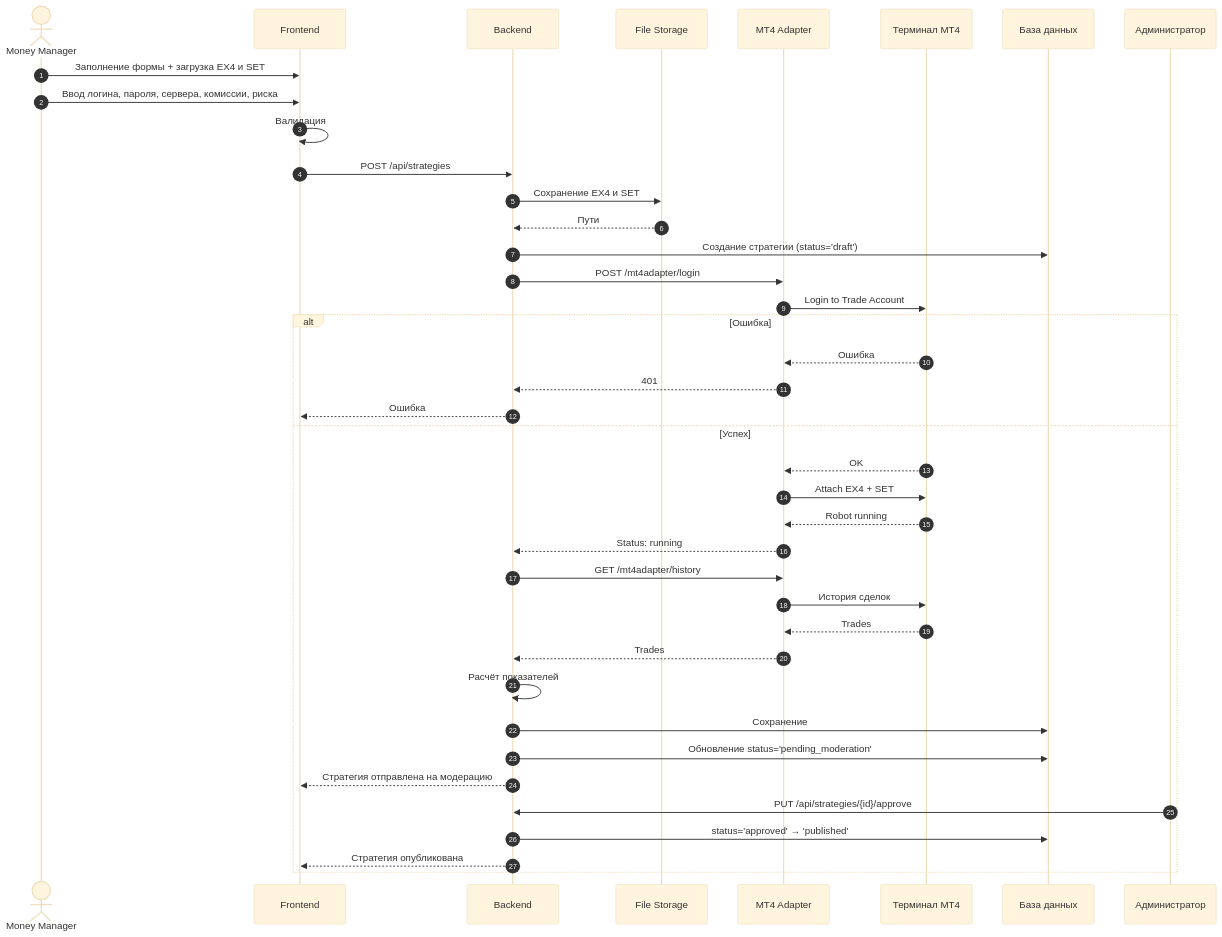
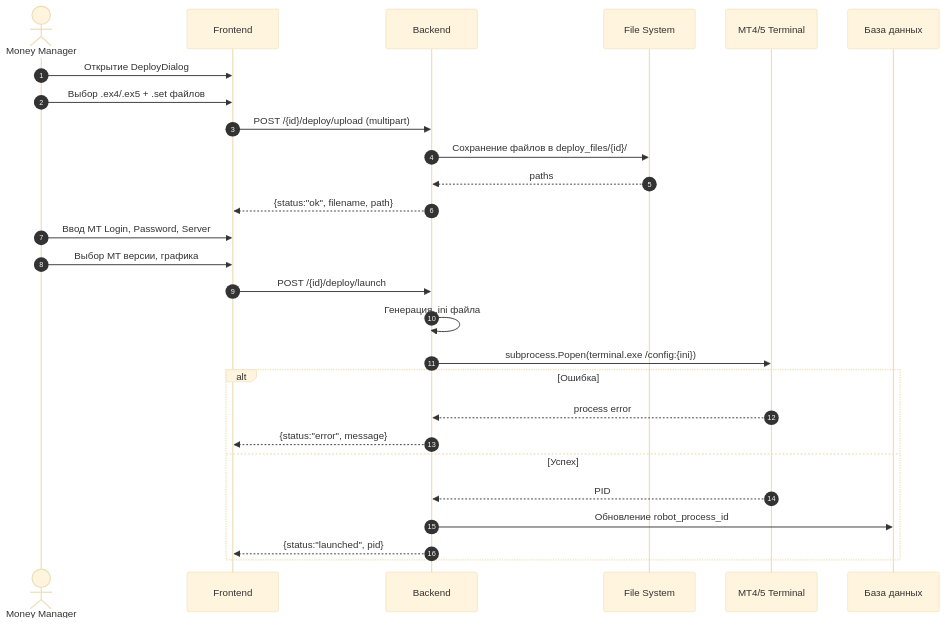
One commit to MatveiV/TradingRobotMarketplace changed the seventh of 11 diagrams in TRM_SRS.md. Above: the diagram before and after it, drawn with Mermaid (base theme). The commit also changed other lines of this file and 109 other files, not shown here.

````diff
--- a/TRM_SRS.md
+++ b/TRM_SRS.md
@@ -352,48 +386,31 @@
 ```mermaid
 sequenceDiagram
     autonumber
     actor MM as Money Manager
     participant FE as Frontend
     participant BE as Backend
-    participant Store as File Storage
-    participant MT4A as MT4 Adapter
-    participant MT4 as Терминал MT4
+    participant FS as File System
+    participant MT as MT4/5 Terminal
     participant DB as База данных
-    participant Admin as Администратор
 
-    MM->>FE: Заполнение формы + загрузка EX4 и SET
-    MM->>FE: Ввод логина, пароля, сервера, комиссии, риска
-    FE->>FE: Валидация
-    FE->>BE: POST /api/strategies
-    
-    BE->>Store: Сохранение EX4 и SET
-    Store-->>BE: Пути
-    BE->>DB: Создание стратегии (status='draft')
-    
-    BE->>MT4A: POST /mt4adapter/login
-    MT4A->>MT4: Login to Trade Account
+    MM->>FE: Открытие DeployDialog
+    MM->>FE: Выбор .ex4/.ex5 + .set файлов
+    FE->>BE: POST /{id}/deploy/upload (multipart)
+    BE->>FS: Сохранение файлов в deploy_files/{id}/
+    FS-->>BE: paths
+    BE-->>FE: {status:"ok", filename, path}
+
+    MM->>FE: Ввод MT Login, Password, Server
+    MM->>FE: Выбор MT версии, графика
+    FE->>BE: POST /{id}/deploy/launch
+    BE->>BE: Генерация .ini файла
+    BE->>MT: subprocess.Popen(terminal.exe /config:{ini})
     alt Ошибка
-        MT4-->>MT4A: Ошибка
-        MT4A-->>BE: 401
-        BE-->>FE: Ошибка
+        MT-->>BE: process error
+        BE-->>FE: {status:"error", message}
     else Успех
-        MT4-->>MT4A: OK
-        MT4A->>MT4: Attach EX4 + SET
-        MT4-->>MT4A: Robot running
-        MT4A-->>BE: Status: running
-        
-        BE->>MT4A: GET /mt4adapter/history
-        MT4A->>MT4: История сделок
-        MT4-->>MT4A: Trades
-        MT4A-->>BE: Trades
-        BE->>BE: Расчёт показателей
-        BE->>DB: Сохранение
-        
-        BE->>DB: Обновление status='pending_moderation'
-        BE-->>FE: Стратегия отправлена на модерацию
-        
-        Admin->>BE: PUT /api/strategies/{id}/approve
-        BE->>DB: status='approved' → 'published'
-        BE-->>FE: Стратегия опубликована
+        MT-->>BE: PID
+        BE->>DB: Обновление robot_process_id
+        BE-->>FE: {status:"launched", pid}
     end
 ```
````
